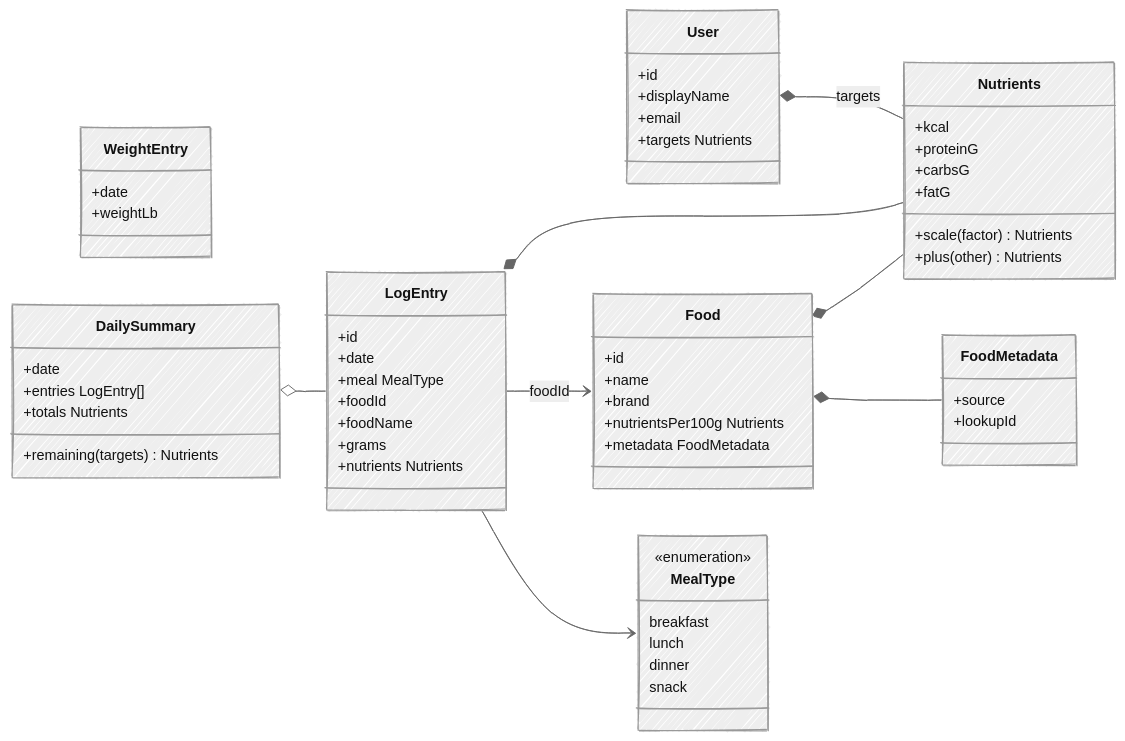
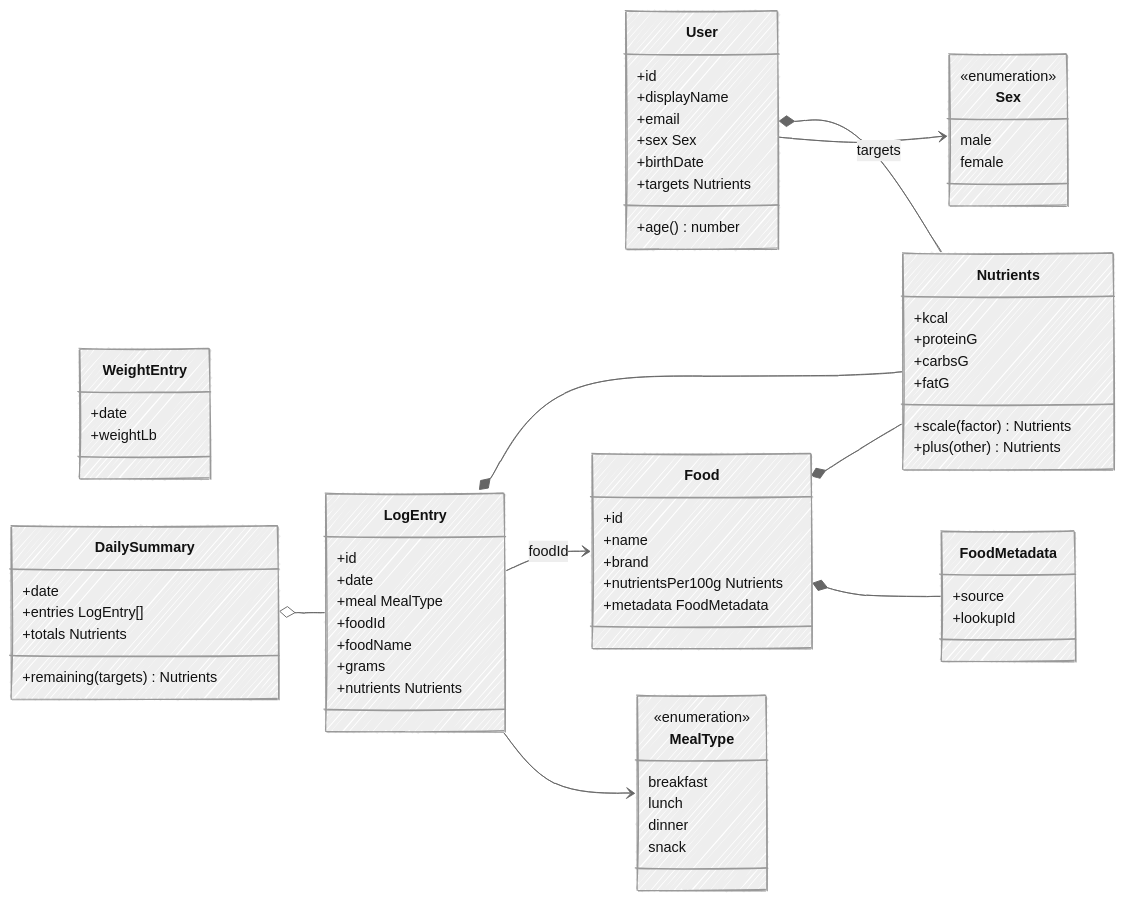
Before and after one commit to ai-rayven/wellness-ai: the third of 4 diagrams in docs/mvp.md, drawn with Mermaid. The commit also changed other lines of this file, not shown here.

Commit message:
Add sex and birth date to user profile
Claude-Session: https://claude.ai/code/session_01AUCUZHMS43Mgvj16L2G2sR

````diff
--- a/docs/mvp.md
+++ b/docs/mvp.md
@@ -134,69 +137,78 @@
 ```mermaid
 ---
 config:
   look: handDrawn
   theme: neutral
 ---
 classDiagram
     direction LR
 
     class User {
         +id
         +displayName
         +email
+        +sex Sex
+        +birthDate
         +targets Nutrients
+        +age() number
     }
     class Food {
         +id
         +name
         +brand
         +nutrientsPer100g Nutrients
         +metadata FoodMetadata
     }
     class FoodMetadata {
         +source
         +lookupId
     }
     class LogEntry {
         +id
         +date
         +meal MealType
         +foodId
         +foodName
         +grams
         +nutrients Nutrients
     }
     class WeightEntry {
         +date
         +weightLb
     }
     class DailySummary {
         +date
         +entries LogEntry[]
         +totals Nutrients
         +remaining(targets) Nutrients
     }
     class Nutrients {
         +kcal
         +proteinG
         +carbsG
         +fatG
         +scale(factor) Nutrients
         +plus(other) Nutrients
     }
+    class Sex {
+        <<enumeration>>
+        male
+        female
+    }
     class MealType {
         <<enumeration>>
         breakfast
         lunch
         dinner
         snack
     }
 
     User *-- Nutrients : targets
+    User --> Sex
     Food *-- Nutrients
     LogEntry *-- Nutrients
     LogEntry --> Food : foodId
     LogEntry --> MealType
     Food *-- FoodMetadata
     DailySummary o-- LogEntry
 ```
````
